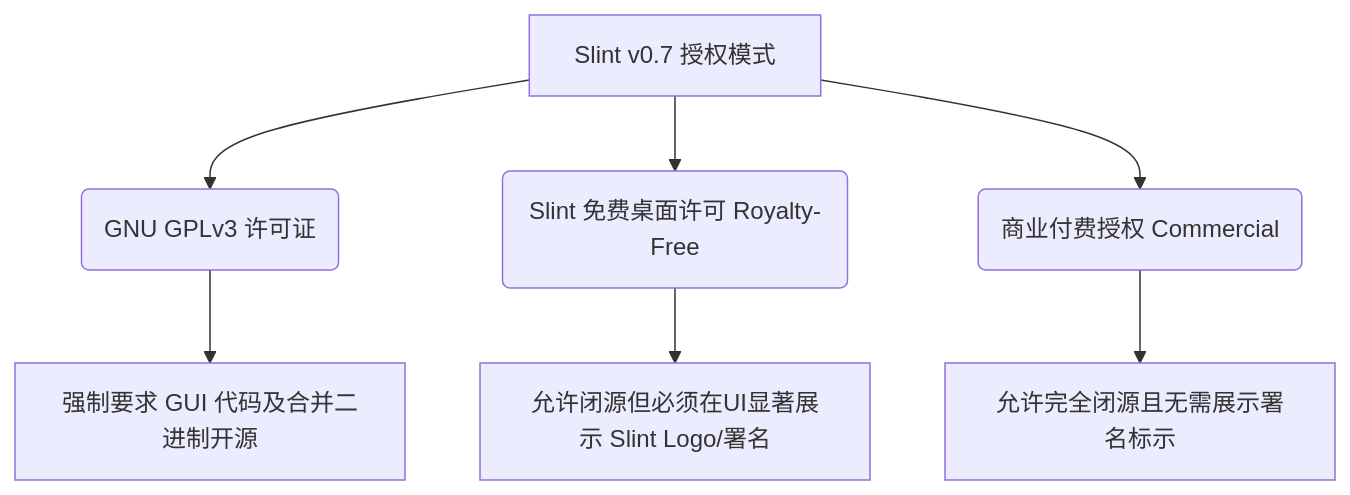
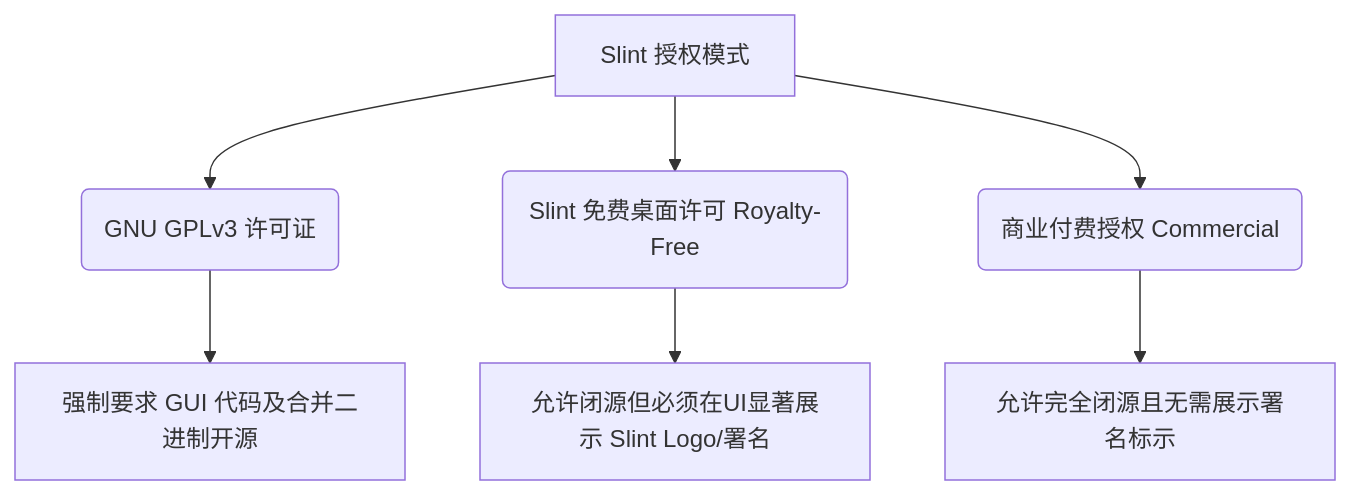
One commit to Dominic485649/UBAANext changed the diagram in docs/licensing/slint-license-notes.md. Above: the diagram before and after it, drawn with Mermaid. The commit also changed other lines of this file and 39 other files, not shown here.

````diff
--- a/docs/licensing/slint-license-notes.md
+++ b/docs/licensing/slint-license-notes.md
@@ -11,10 +13,10 @@
 ```mermaid
 graph TD
-    A[Slint v0.7 授权模式] --> B(GNU GPLv3 许可证)
+    A[Slint 授权模式] --> B(GNU GPLv3 许可证)
     A --> C(Slint 免费桌面许可 Royalty-Free)
     A --> D(商业付费授权 Commercial)
     
     B --> B1[强制要求 GUI 代码及合并二进制开源]
     C --> C1[允许闭源但必须在UI显著展示 Slint Logo/署名]
     D --> D1[允许完全闭源且无需展示署名标示]
 ```
````
